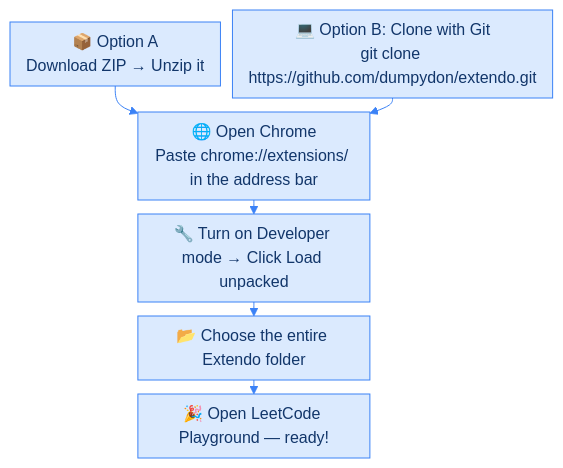
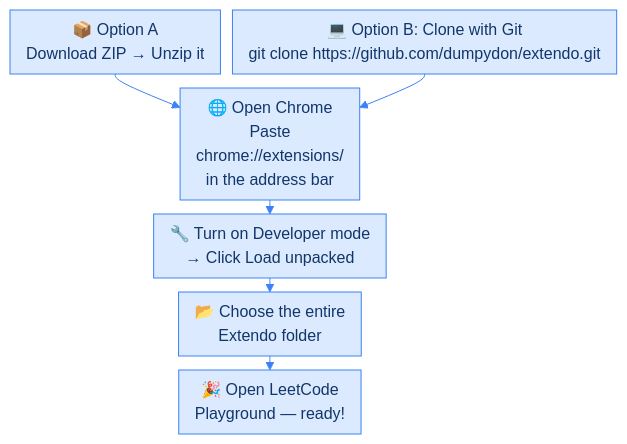
The diagram in README.md (dumpydon/extendo), drawn with Mermaid before and after one commit.

Commit message:
docs: fix installation diagram text wrapping

````diff
--- a/README.md
+++ b/README.md
@@ -74,25 +74,26 @@
 ```mermaid
 ---
 config:
   theme: base
   themeVariables:
     fontSize: 16px
     primaryColor: "#dbeafe"
     primaryTextColor: "#12366a"
     primaryBorderColor: "#3b82f6"
     lineColor: "#3b82f6"
   flowchart:
     nodeSpacing: 12
     rankSpacing: 14
     padding: 8
     diagramPadding: 4
+    wrappingWidth: 600
 ---
 flowchart TD
-    A["📦 Option A<br/>Download ZIP → Unzip it"] --> C["🌐 Open Chrome<br/>Paste chrome://extensions/ in the address bar"]
+    A["📦 Option A<br/>Download ZIP → Unzip it"] --> C["🌐 Open Chrome<br/>Paste<br/>chrome://extensions/<br/>in the address bar"]
     B["💻 Option B: Clone with Git<br/>git clone https://github.com/dumpydon/extendo.git"] --> C
-    C --> D["🔧 Turn on Developer mode → Click Load unpacked"]
-    D --> E["📂 Choose the entire Extendo folder"]
-    E --> F["🎉 Open LeetCode Playground — ready!"]
+    C --> D["🔧 Turn on Developer mode<br/>→ Click Load unpacked"]
+    D --> E["📂 Choose the entire<br/>Extendo folder"]
+    E --> F["🎉 Open LeetCode<br/>Playground — ready!"]
     classDef blue fill:#dbeafe,stroke:#3b82f6,color:#12366a,stroke-width:1px
     class A,B,C,D,E,F blue
 ```
````
